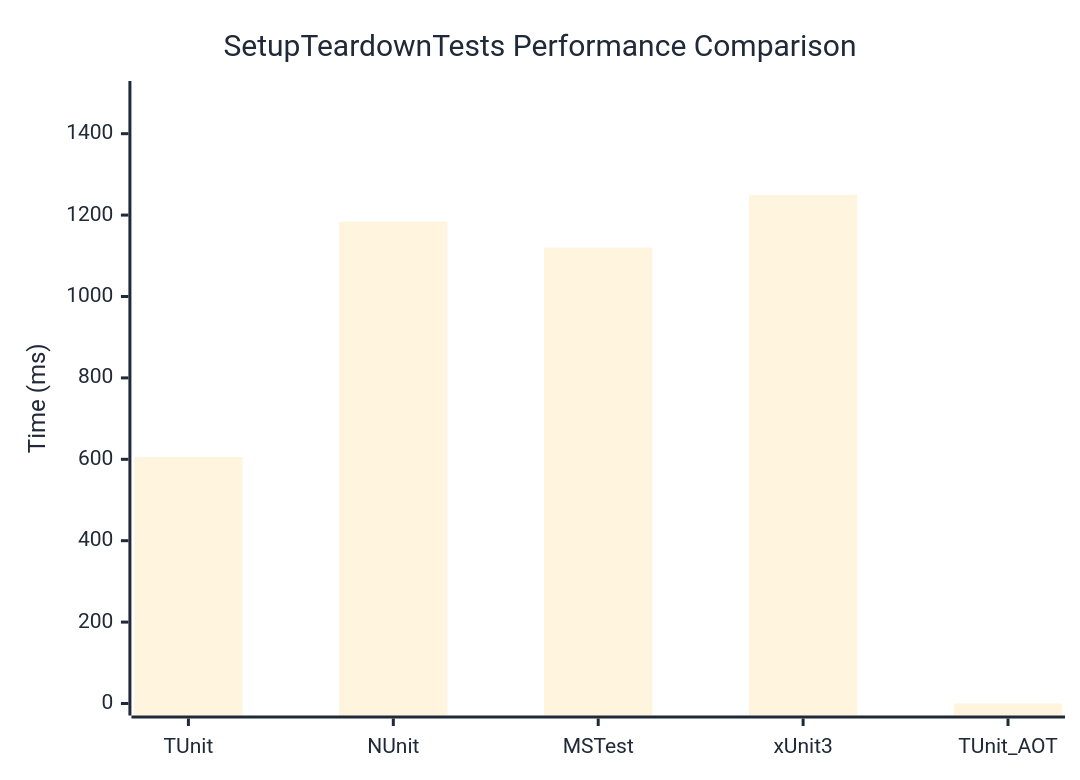
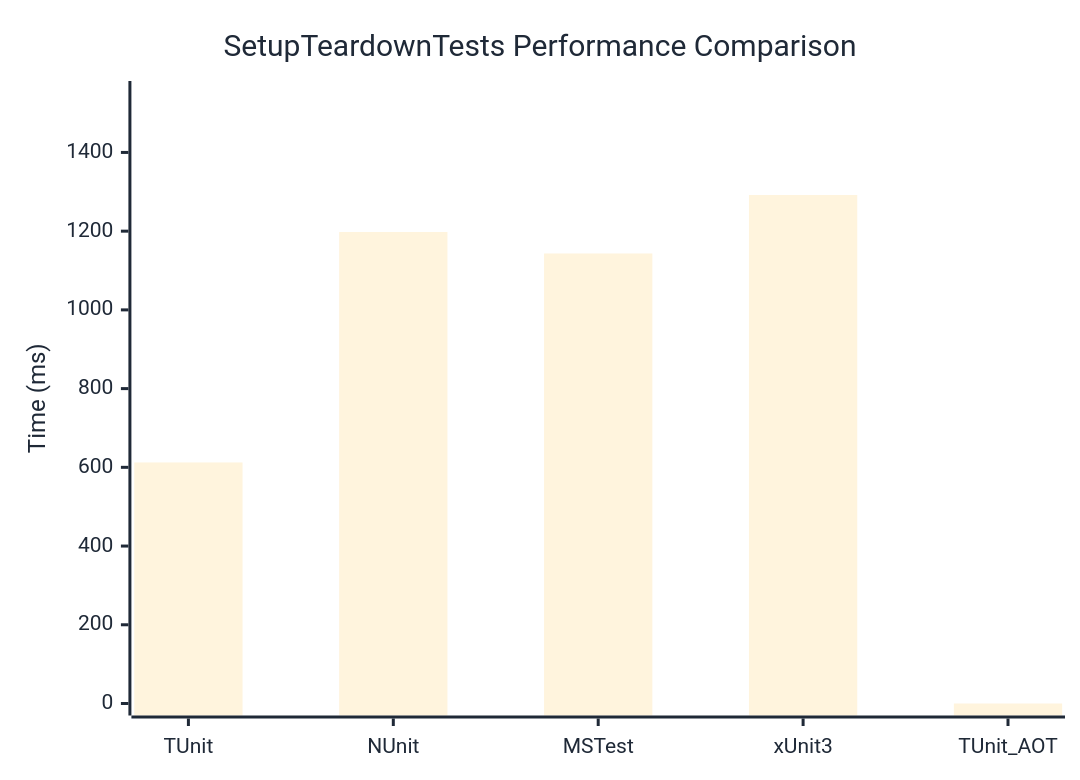
One commit to weiyilai/TUnit changed the diagram in docs/docs/benchmarks/SetupTeardownTests.md. Above: the diagram before and after it, drawn with Mermaid. The commit also changed other lines of this file and 16 other files, not shown here.

````diff
--- a/docs/docs/benchmarks/SetupTeardownTests.md
+++ b/docs/docs/benchmarks/SetupTeardownTests.md
@@ -27,37 +27,37 @@
 ```mermaid
 %%{init: {
   'theme':'base',
   'themeVariables': {
     'primaryColor': '#2563eb',
     'primaryTextColor': '#1f2937',
     'primaryBorderColor': '#1e40af',
     'lineColor': '#6b7280',
     'secondaryColor': '#7c3aed',
     'tertiaryColor': '#dc2626',
     'background': '#ffffff',
     'mainBkg': '#2563eb',
     'secondBkg': '#7c3aed',
     'tertiaryBkg': '#dc2626',
     'clusterBkg': '#f3f4f6',
     'edgeLabelBackground': '#ffffff',
     'tertiaryTextColor': '#1f2937',
     'pie1': '#2563eb',
     'pie2': '#7c3aed',
     'pie3': '#dc2626',
     'pie4': '#f59e0b',
     'pie5': '#10b981',
     'pie6': '#06b6d4',
     'pie7': '#ec4899',
     'pie8': '#6366f1',
     'pie9': '#84cc16',
     'pie10': '#f97316',
     'pie11': '#14b8a6',
     'pie12': '#a855f7'
   }
 }}%%
 xychart-beta
   title "SetupTeardownTests Performance Comparison"
   x-axis ["TUnit", "NUnit", "MSTest", "xUnit3", "TUnit_AOT"]
-  y-axis "Time (ms)" 0 --> 1500
-  bar [605.7, 1183.8, 1120, 1249.8, 0]
+  y-axis "Time (ms)" 0 --> 1551
+  bar [612.4, 1197.8, 1143.3, 1291.9, 0]
 ```
````
